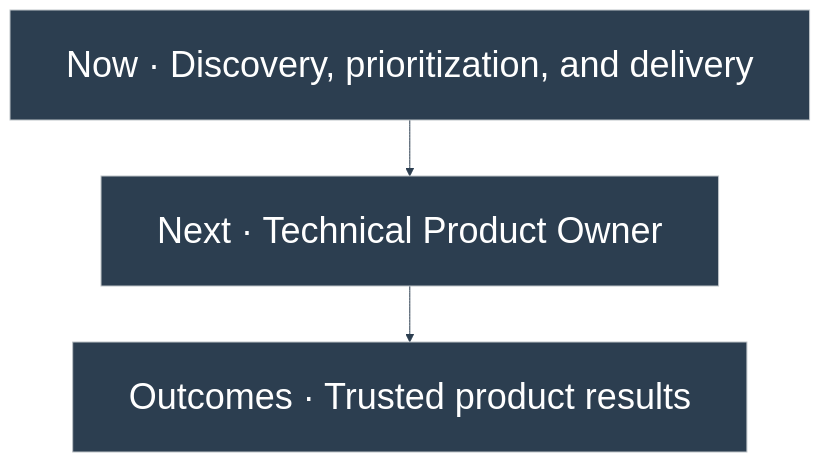
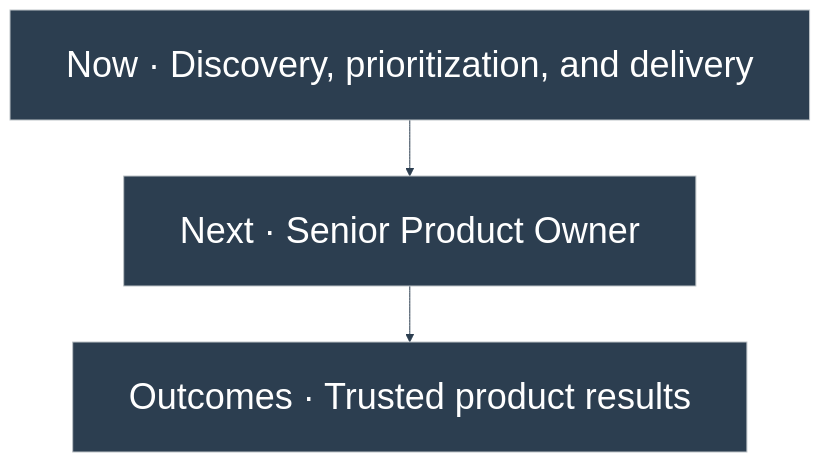
Diagram 16 of 21 in portfolio/mermaid/diagrams.md (duducm2/my-personal-repo), drawn with Mermaid before and after one commit. The commit also changed other lines of this file and 19 other files, not shown here.

````diff
--- a/portfolio/mermaid/diagrams.md
+++ b/portfolio/mermaid/diagrams.md
@@ -291,8 +291,8 @@
 ```mermaid
 %%{init: {'theme': 'base', 'themeVariables': { 'primaryColor': '#2c3e50', 'primaryTextColor': '#fff', 'primaryBorderColor': '#bdc3c7', 'lineColor': '#2c3e50', 'fontFamily': 'Lato', 'fontSize': '36px'}, 'flowchart': {'padding': 28, 'rankSpacing': 56, 'wrappingWidth': 900}}}%%
 flowchart TB
   Now["Now · Discovery, prioritization, and delivery"]
-  Next["Next · Technical Product Owner"]
+  Next["Next · Senior Product Owner"]
   Seniors["Outcomes · Trusted product results"]
   Now --> Next --> Seniors
 ```
````
